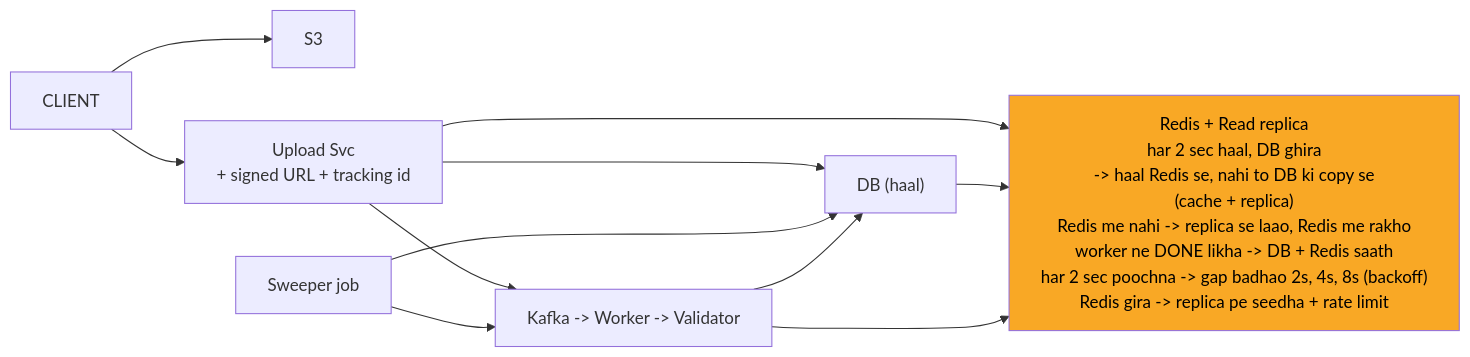
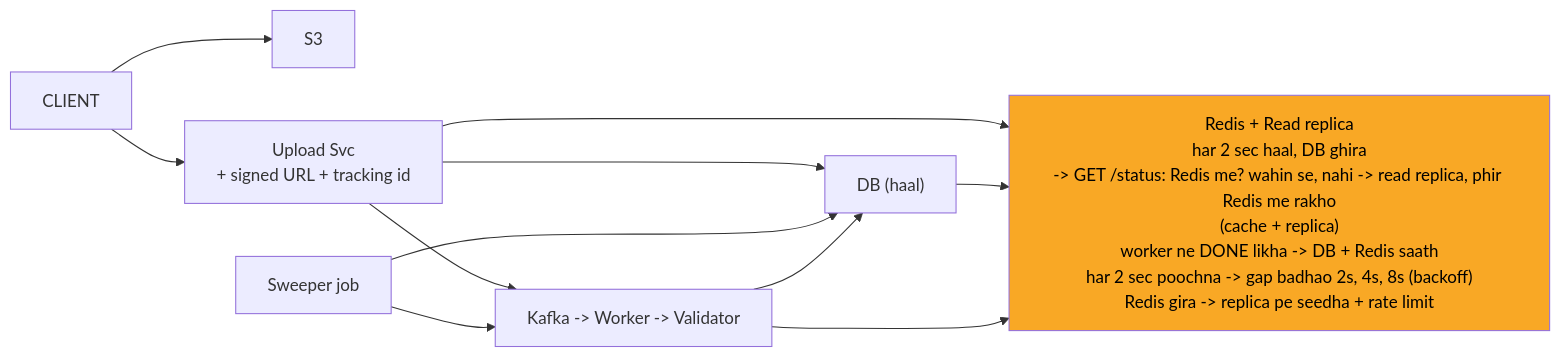
The sixth of 11 diagrams in 04_HLD/SYSTEM_DESIGNS/07_file_upload_validate_system/07_file_upload_INTERVIEW.md (ArpanMaheshwari144/Prep), drawn with Mermaid before and after one commit. The commit also changed other lines of this file and 13 other files, not shown here.

````diff
--- a/04_HLD/SYSTEM_DESIGNS/07_file_upload_validate_system/07_file_upload_INTERVIEW.md
+++ b/04_HLD/SYSTEM_DESIGNS/07_file_upload_validate_system/07_file_upload_INTERVIEW.md
@@ -259,22 +263,22 @@
 ```mermaid
 %%{init: {"flowchart": {"wrappingWidth": 450}}}%%
 flowchart LR
     n_CLIENT["CLIENT"]
     n_S3["S3"]
     n_Upload_Svc["Upload Svc<br/>+ signed URL + tracking id"]
-    n_RC["Redis + Read replica<br/>har 2 sec haal, DB ghira<br/>-> haal Redis se, nahi to DB ki copy se<br/>(cache + replica)<br/>Redis me nahi -> replica se laao, Redis me rakho<br/>worker ne DONE likha -> DB + Redis saath<br/>har 2 sec poochna -> gap badhao 2s, 4s, 8s (backoff)<br/>Redis gira -> replica pe seedha + rate limit"]
+    n_RC["Redis + Read replica<br/>har 2 sec haal, DB ghira<br/>-> GET /status: Redis me? wahin se, nahi -> read replica, phir Redis me rakho<br/>(cache + replica)<br/>worker ne DONE likha -> DB + Redis saath<br/>har 2 sec poochna -> gap badhao 2s, 4s, 8s (backoff)<br/>Redis gira -> replica pe seedha + rate limit"]
     n_DB["DB (haal)"]
     n_Sweeper_job["Sweeper job"]
     n_CHAIN["Kafka -> Worker -> Validator"]
     n_CLIENT --> n_S3
     n_CLIENT --> n_Upload_Svc
     n_Upload_Svc --> n_RC
     n_Upload_Svc --> n_DB
     n_DB --> n_RC
     n_Upload_Svc --> n_CHAIN
     n_Sweeper_job --> n_DB
     n_Sweeper_job --> n_CHAIN
     n_CHAIN --> n_DB
     n_CHAIN --> n_RC
     style n_RC fill:#f9a825,color:#000
 ```
````
